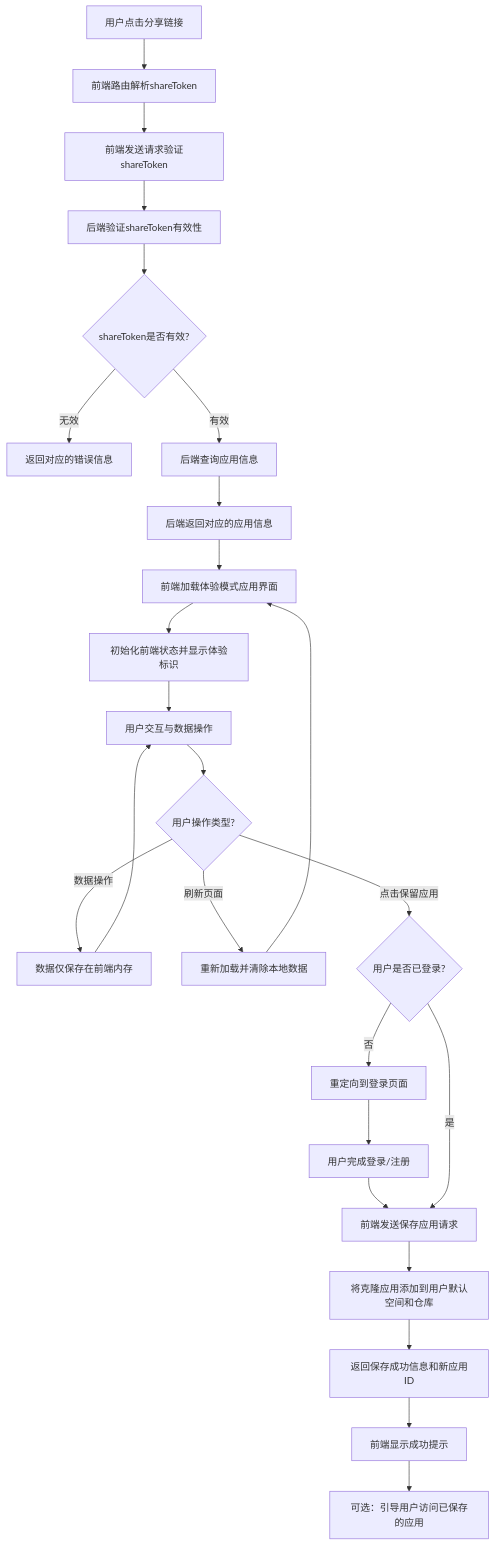
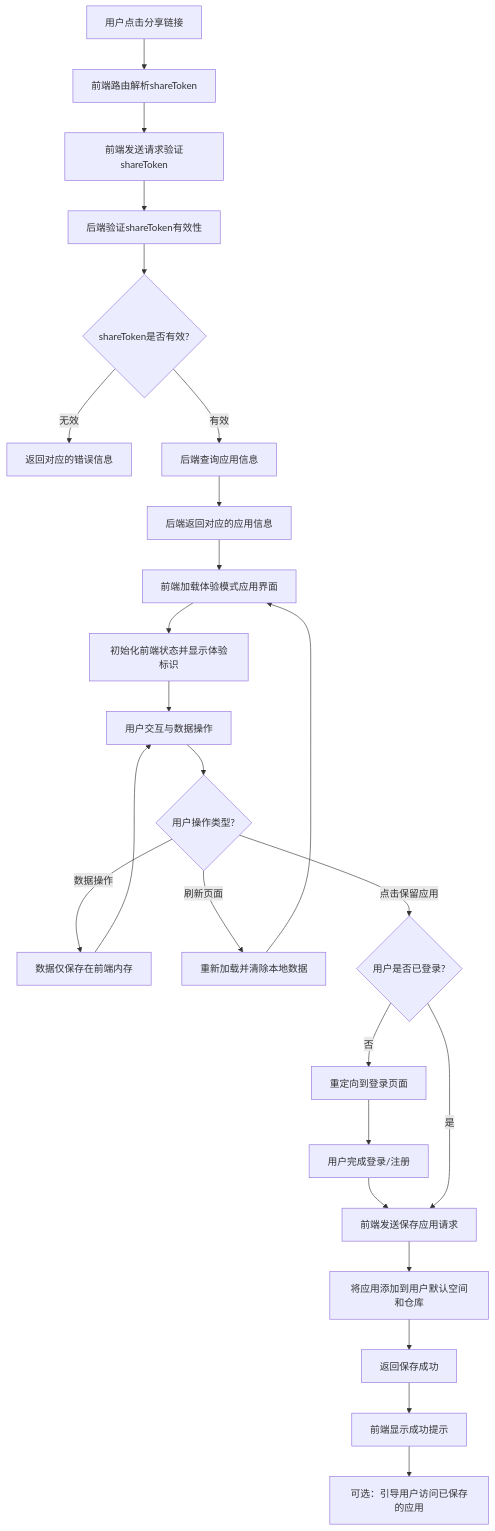
One commit to yingjianzh/iodraw-files changed the diagram in all/未命名-65.md. Above: the diagram before and after it, drawn with Mermaid.

Commit message:
2025-05-22 10:57:10 update

````diff
--- a/all/未命名-65.md
+++ b/all/未命名-65.md
@@ -1,27 +1,27 @@
 ```mermaid
 flowchart TD
     A[用户点击分享链接] --> B[前端路由解析shareToken]
     B --> C[前端发送请求验证shareToken]
     C --> D[后端验证shareToken有效性]
     D --> E{shareToken是否有效?}
     E -->|无效| F[返回对应的错误信息]
     E -->|有效| G[后端查询应用信息]
     G --> H[后端返回对应的应用信息]
     H --> I[前端加载体验模式应用界面]
     I --> J[初始化前端状态并显示体验标识]
     J --> K[用户交互与数据操作]
     K --> L{用户操作类型?}
     L -->|数据操作| M[数据仅保存在前端内存]
     M --> K
     L -->|刷新页面| N[重新加载并清除本地数据]
     N --> I
     L -->|点击保留应用| O{用户是否已登录?}
     O -->|否| P[重定向到登录页面]
     P --> Q[用户完成登录/注册]
     Q --> S[前端发送保存应用请求]
     O -->|是| S
-    S --> U[将克隆应用添加到用户默认空间和仓库]
-    U --> V[返回保存成功信息和新应用ID]
+    S --> U[将应用添加到用户默认空间和仓库]
+    U --> V[返回保存成功]
     V --> W[前端显示成功提示]
     W --> X[可选：引导用户访问已保存的应用]
 ```
````
